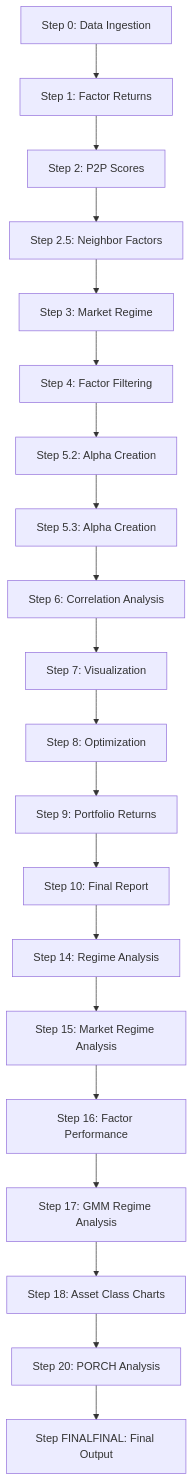
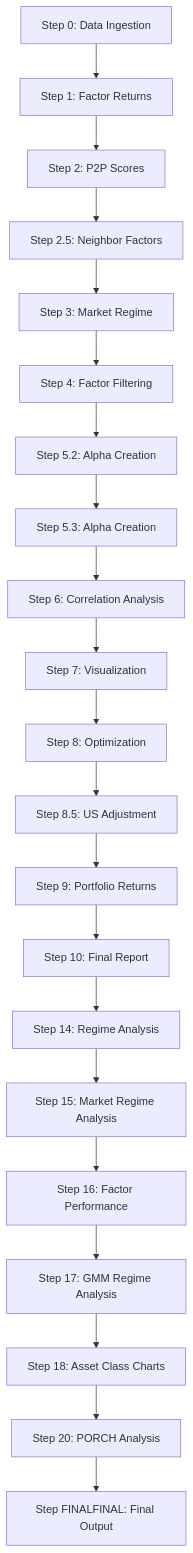
Before and after one commit to ArjunDivecha/Factor-Timing-Value: the diagram in README.md, drawn with Mermaid. The commit also changed other lines of this file and 13 other files, not shown here.

````diff
--- a/README.md
+++ b/README.md
@@ -9,22 +9,23 @@
 ```mermaid
 graph TD
     A[Step 0: Data Ingestion] --> B[Step 1: Factor Returns]
     B --> C[Step 2: P2P Scores]
     C --> D[Step 2.5: Neighbor Factors]
     D --> E[Step 3: Market Regime]
     E --> F[Step 4: Factor Filtering]
     F --> G[Step 5.2: Alpha Creation]
     G --> H[Step 5.3: Alpha Creation]
     H --> I[Step 6: Correlation Analysis]
     I --> J[Step 7: Visualization]
     J --> K[Step 8: Optimization]
-    K --> L[Step 9: Portfolio Returns]
+    K --> K2[Step 8.5: US Adjustment]
+    K2 --> L[Step 9: Portfolio Returns]
     L --> M[Step 10: Final Report]
     M --> N[Step 14: Regime Analysis]
     N --> O[Step 15: Market Regime Analysis]
     O --> P[Step 16: Factor Performance]
     P --> Q[Step 17: GMM Regime Analysis]
     Q --> R[Step 18: Asset Class Charts]
     R --> S[Step 20: PORCH Analysis]
     S --> T[Step FINALFINAL: Final Output]
 ```
````
